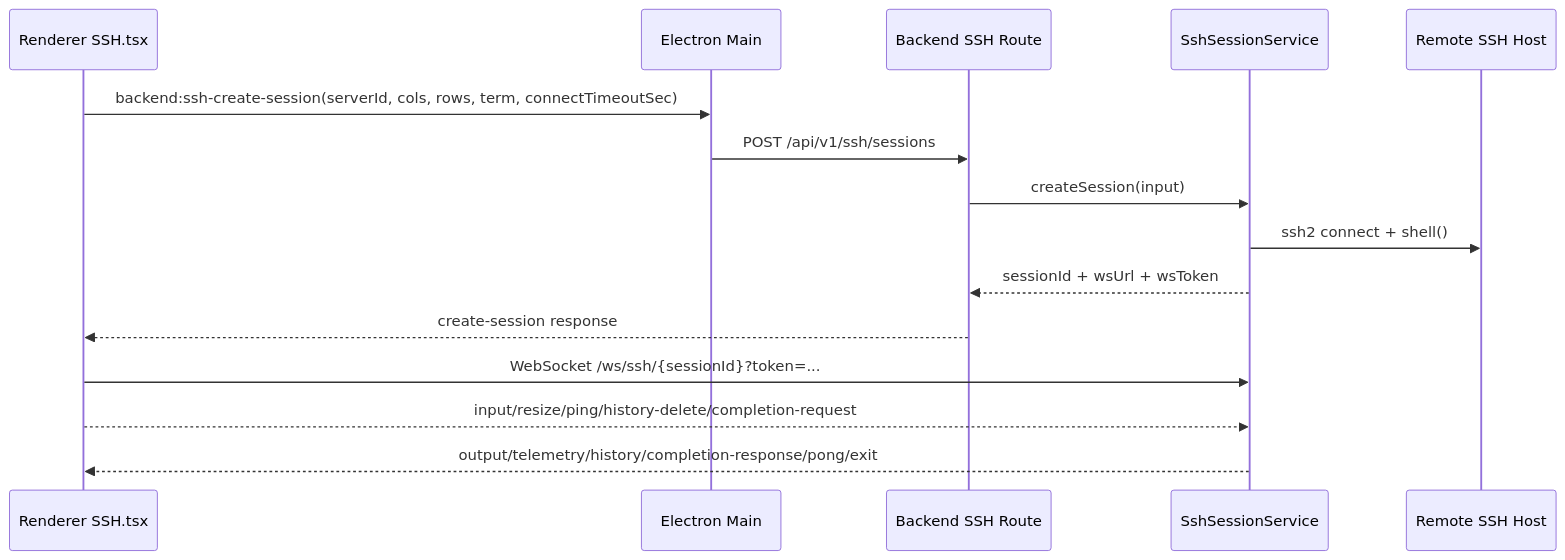
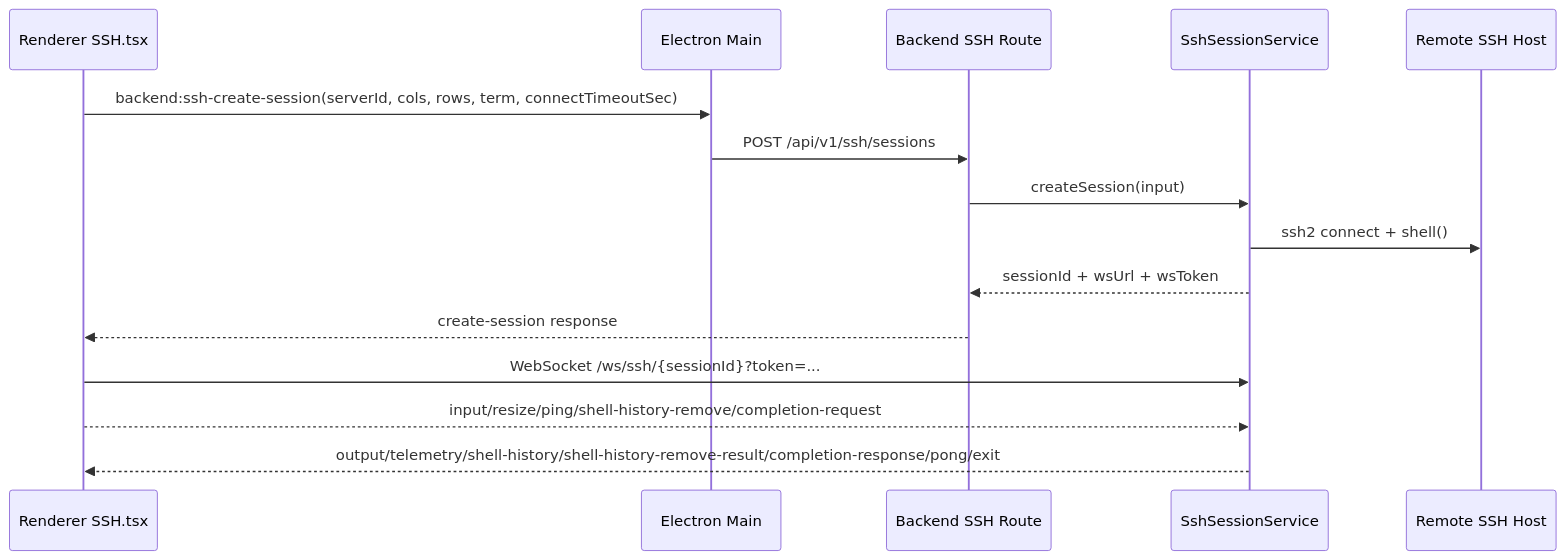
One commit to agoudbg/Cosmosh changed the first of 4 diagrams in docs/developer/runtime/ssh-terminal.md. Above: the diagram before and after it, drawn with Mermaid. The commit also changed other lines of this file and 59 other files, not shown here.

Commit message:
fix(completion): use native history and consistent ranking

````diff
--- a/docs/developer/runtime/ssh-terminal.md
+++ b/docs/developer/runtime/ssh-terminal.md
@@ -10,18 +10,18 @@
 ```mermaid
 sequenceDiagram
   participant UI as Renderer SSH.tsx
   participant MAIN as Electron Main
   participant API as Backend SSH Route
   participant SSH as SshSessionService
   participant REM as Remote SSH Host
 
   UI->>MAIN: backend:ssh-create-session(serverId, cols, rows, term, connectTimeoutSec)
   MAIN->>API: POST /api/v1/ssh/sessions
   API->>SSH: createSession(input)
   SSH->>REM: ssh2 connect + shell()
   SSH-->>API: sessionId + wsUrl + wsToken
   API-->>UI: create-session response
   UI->>SSH: WebSocket /ws/ssh/{sessionId}?token=...
-  UI-->>SSH: input/resize/ping/history-delete/completion-request
-  SSH-->>UI: output/telemetry/history/completion-response/pong/exit
+  UI-->>SSH: input/resize/ping/shell-history-remove/completion-request
+  SSH-->>UI: output/telemetry/shell-history/shell-history-remove-result/completion-response/pong/exit
 ```
````
